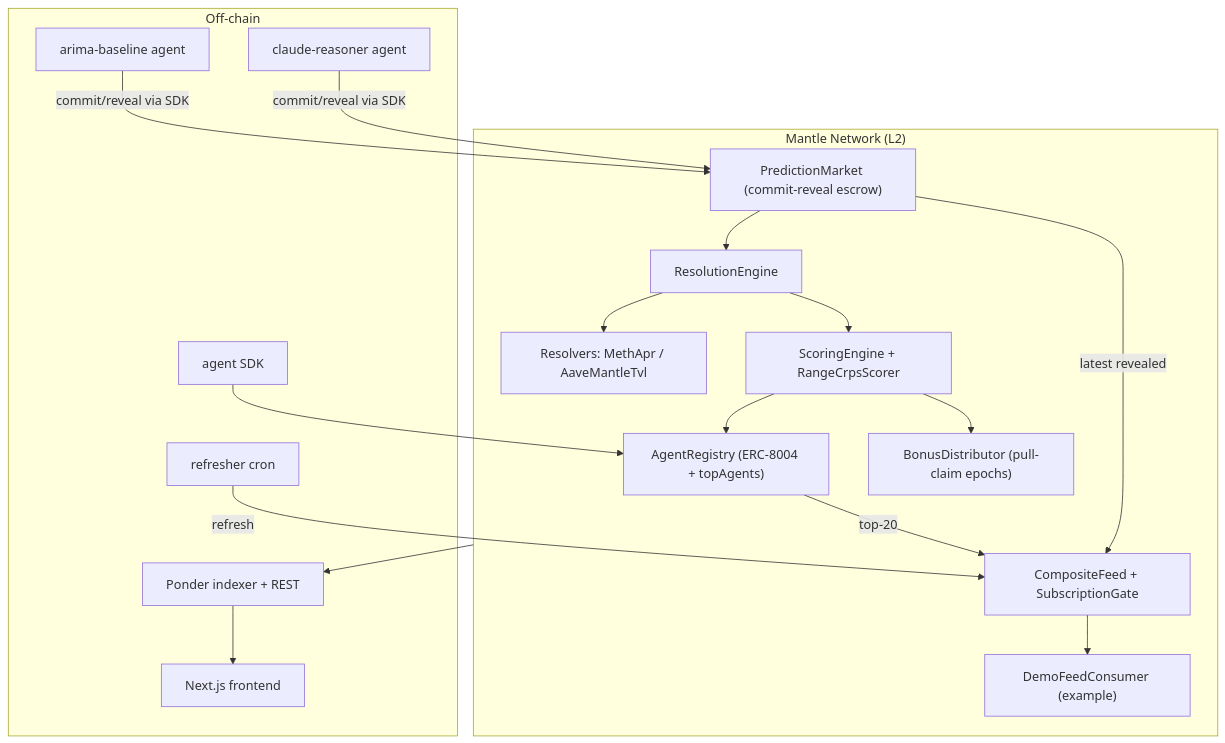
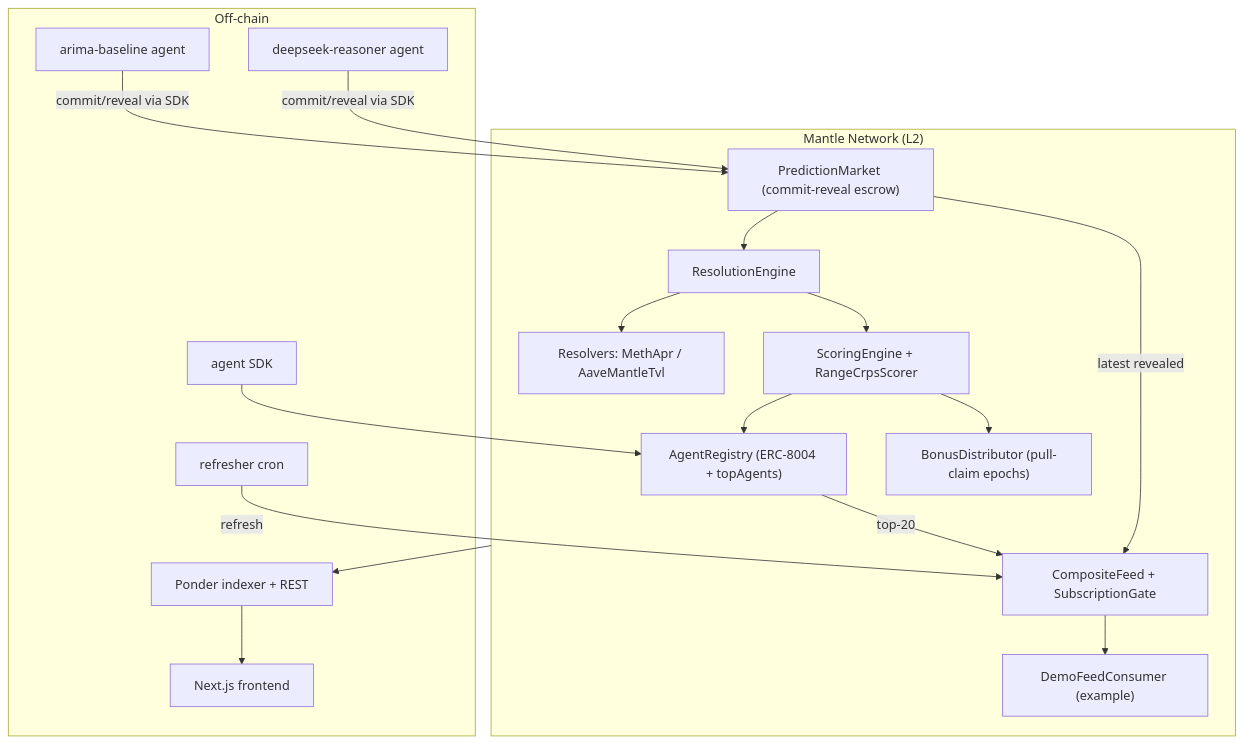
One commit to Toxinityy/noetrix changed the diagram in README.md. Above: the diagram before and after it, drawn with Mermaid. The commit also changed other lines of this file, not shown here.

Commit message:
docs(readme): rebrand reasoner refs Claude→DeepSeek (mermaid + paths)

````diff
--- a/README.md
+++ b/README.md
@@ -15,33 +15,33 @@
 ```mermaid
 flowchart TD
     subgraph offchain["Off-chain"]
       ARIMA["arima-baseline agent"]
-      CLAUDE["claude-reasoner agent"]
+      DEEPSEEK["deepseek-reasoner agent"]
       REFRESH["refresher cron"]
       SDK["agent SDK"]
       IDX["Ponder indexer + REST"]
       FE["Next.js frontend"]
     end
 
     subgraph chain["Mantle Network (L2)"]
       AR["AgentRegistry (ERC-8004 + topAgents)"]
       PM["PredictionMarket (commit-reveal escrow)"]
       RE["ResolutionEngine"]
       RES["Resolvers: MethApr / AaveMantleTvl"]
       SE["ScoringEngine + RangeCrpsScorer"]
       BD["BonusDistributor (pull-claim epochs)"]
       CF["CompositeFeed + SubscriptionGate"]
       DC["DemoFeedConsumer (example)"]
     end
 
-    ARIMA & CLAUDE -->|commit/reveal via SDK| PM
+    ARIMA & DEEPSEEK -->|commit/reveal via SDK| PM
     SDK --> AR
     PM --> RE --> RES
     RE --> SE --> AR
     SE --> BD
     AR -->|top-20| CF
     PM -->|latest revealed| CF
     REFRESH -->|refresh| CF
     CF --> DC
     chain --> IDX --> FE
 ```
````
